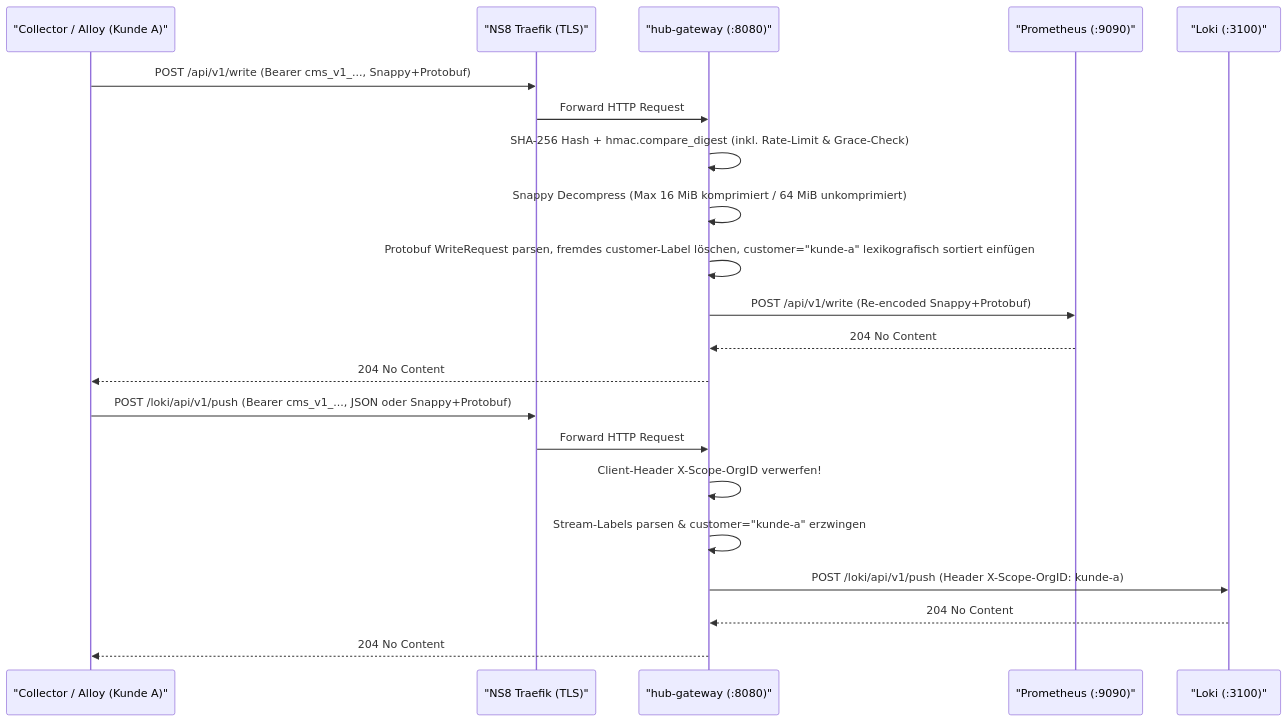
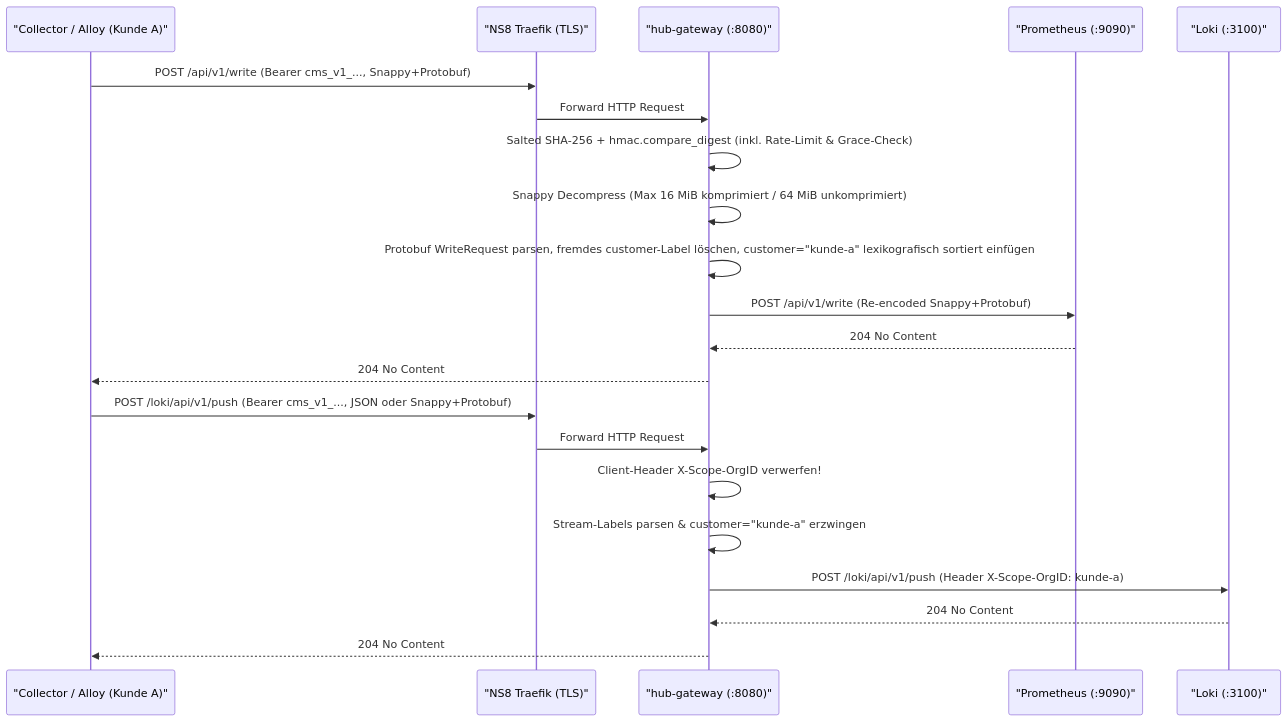
One commit to BLS-ISP/ns8-centralmonitoringservice changed the first of 2 diagrams in docs/architecture.md. Above: the diagram before and after it, drawn with Mermaid. The commit also changed other lines of this file and 16 other files, not shown here.

````diff
--- a/docs/architecture.md
+++ b/docs/architecture.md
@@ -65,25 +72,25 @@
 ```mermaid
 sequenceDiagram
     participant Agent as "Collector / Alloy (Kunde A)"
     participant Traefik as "NS8 Traefik (TLS)"
     participant GW as "hub-gateway (:8080)"
     participant Prom as "Prometheus (:9090)"
     participant Loki as "Loki (:3100)"
 
     Agent->>Traefik: POST /api/v1/write (Bearer cms_v1_..., Snappy+Protobuf)
     Traefik->>GW: Forward HTTP Request
-    GW->>GW: SHA-256 Hash + hmac.compare_digest (inkl. Rate-Limit & Grace-Check)
+    GW->>GW: Salted SHA-256 + hmac.compare_digest (inkl. Rate-Limit & Grace-Check)
     GW->>GW: Snappy Decompress (Max 16 MiB komprimiert / 64 MiB unkomprimiert)
     GW->>GW: Protobuf WriteRequest parsen, fremdes customer-Label löschen, customer="kunde-a" lexikografisch sortiert einfügen
     GW->>Prom: POST /api/v1/write (Re-encoded Snappy+Protobuf)
     Prom-->>GW: 204 No Content
     GW-->>Agent: 204 No Content
 
     Agent->>Traefik: POST /loki/api/v1/push (Bearer cms_v1_..., JSON oder Snappy+Protobuf)
     Traefik->>GW: Forward HTTP Request
     GW->>GW: Client-Header X-Scope-OrgID verwerfen!
     GW->>GW: Stream-Labels parsen & customer="kunde-a" erzwingen
     GW->>Loki: POST /loki/api/v1/push (Header X-Scope-OrgID: kunde-a)
     Loki-->>GW: 204 No Content
     GW-->>Agent: 204 No Content
 ```
````
